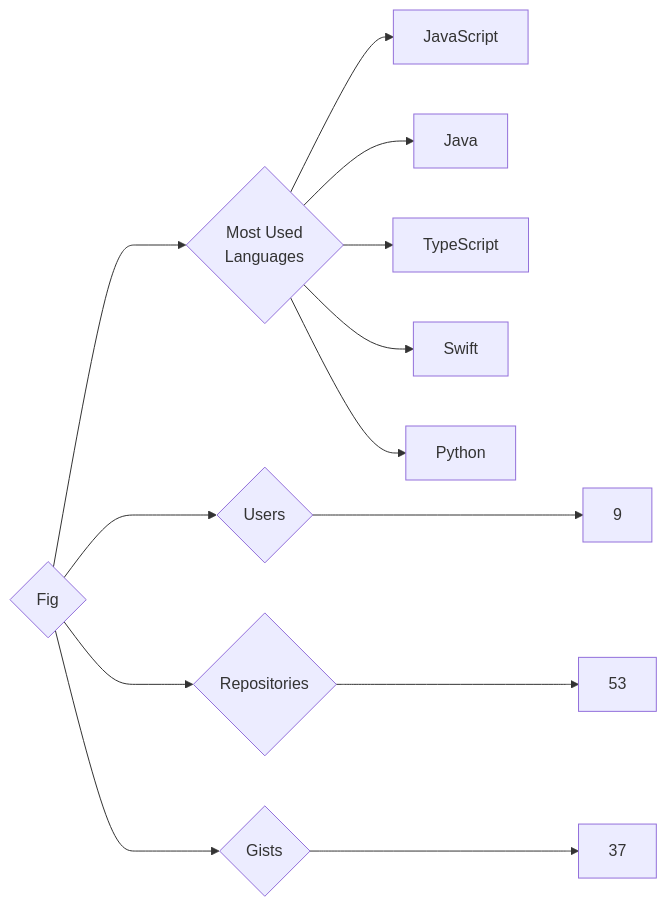
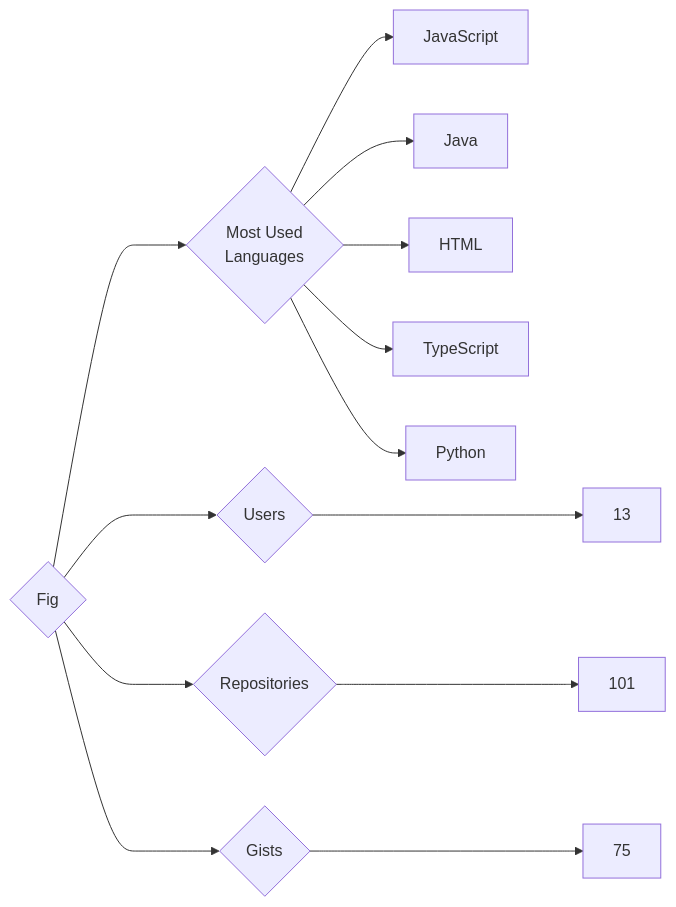
Before and after one commit to trickest/insiders: the diagram in targets/Fig/README.md, drawn with Mermaid. The commit also changed 681 other files, not shown here.

````diff
--- a/targets/Fig/README.md
+++ b/targets/Fig/README.md
@@ -3,13 +3,13 @@
 ```mermaid
 graph LR
 COMPANY_NAME{Fig}
-COMPANY_NAME ---> U{Users} ---> UN[9]
-COMPANY_NAME ---> R{Repositories} ---> RN[53]
-COMPANY_NAME ---> G{Gists} ---> GN[37]
+COMPANY_NAME ---> U{Users} ---> UN[13]
+COMPANY_NAME ---> R{Repositories} ---> RN[101]
+COMPANY_NAME ---> G{Gists} ---> GN[75]
 COMPANY_NAME ---> ML{Most Used<br>Languages}
 ML --> JavaScript[JavaScript]
 ML --> Java[Java]
+ML --> HTML[HTML]
 ML --> TypeScript[TypeScript]
-ML --> Swift[Swift]
 ML --> Python[Python]
 ```
````
